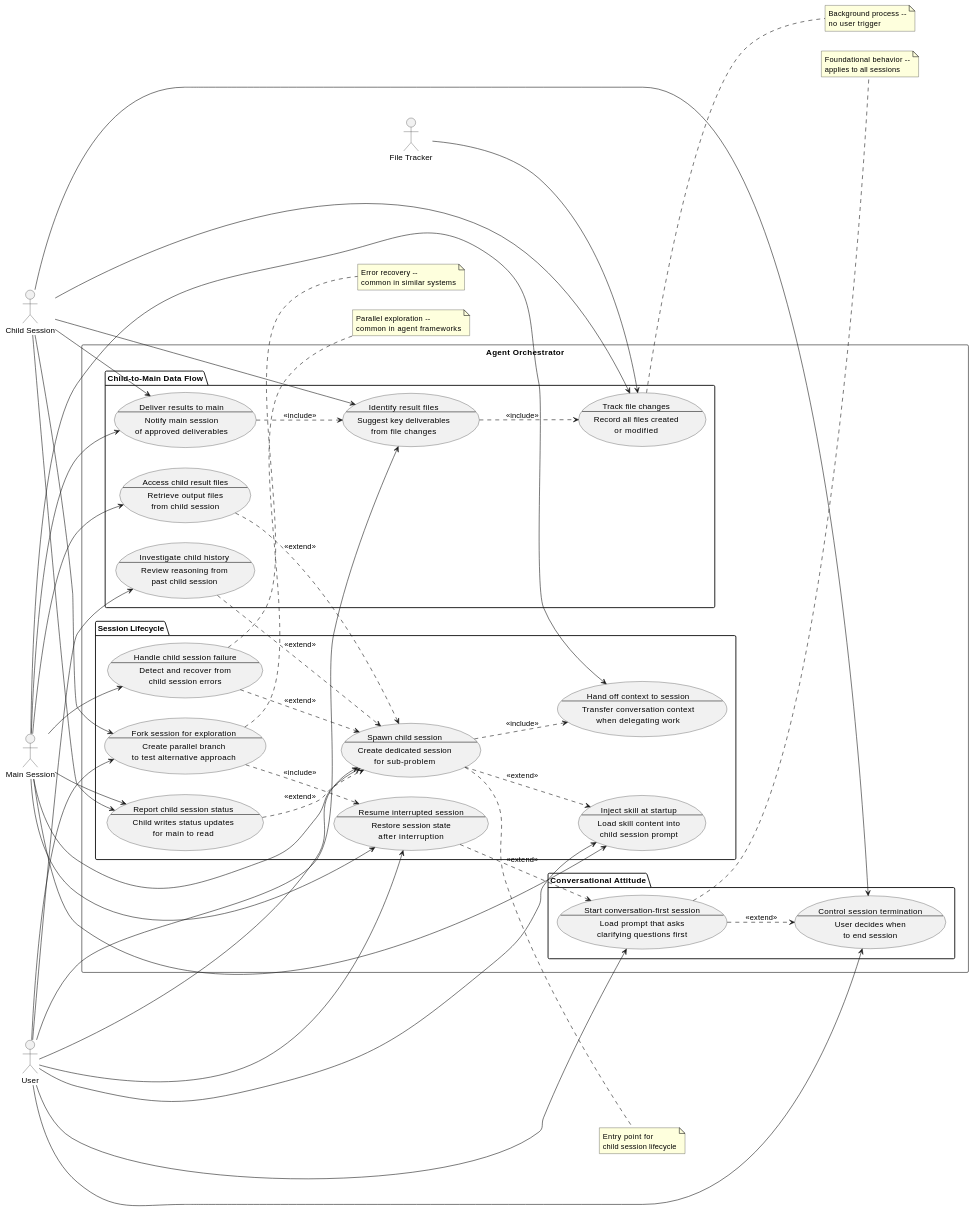
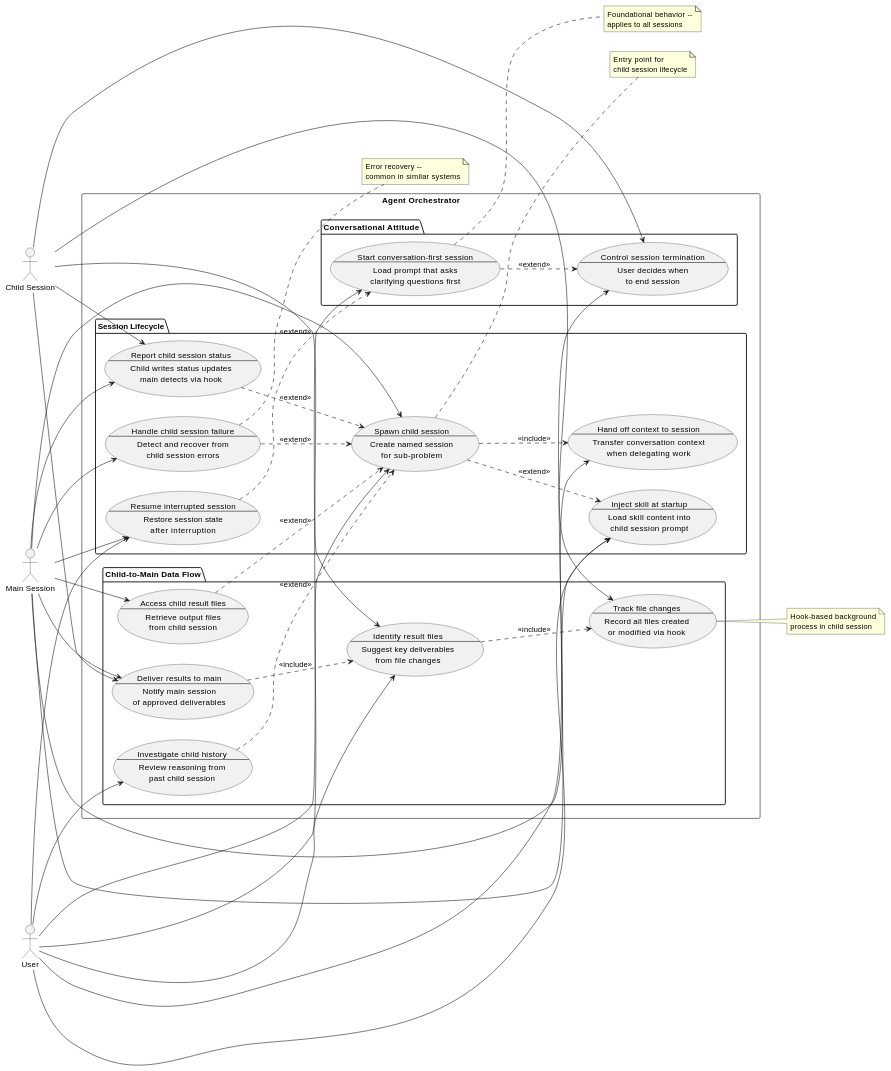
One commit to studykit/studykit-marketplace changed the diagram in A4/co-think/agent-orchestrator.usecase.md. Above: the diagram before and after it, drawn with PlantUML. The commit also changed other lines of this file and 2 other files, not shown here.

First line of the commit message:
usecase(agent-orchestrator): revision 8

````diff
--- a/A4/co-think/agent-orchestrator.usecase.md
+++ b/A4/co-think/agent-orchestrator.usecase.md
@@ -79,7 +79,6 @@
 actor "User" as user
 actor "Main Session" as main
 actor "Child Session" as child
-actor "File Tracker" as tracker
 
 rectangle "Agent Orchestrator" {
   package "Conversational Attitude" {
@@ -96,12 +95,12 @@
   package "Session Lifecycle" {
     usecase UC2 as "Spawn child session
     --
-    Create dedicated session
+    Create named session
     for sub-problem"
     usecase UC3 as "Report child session status
     --
     Child writes status updates
-    for main to read"
+    main detects via hook"
     usecase UC7 as "Inject skill at startup
     --
     Load skill content into
@@ -114,10 +113,6 @@
     --
     Detect and recover from
     child session errors"
-    usecase UC13 as "Fork session for exploration
-    --
-    Create parallel branch
-    to test alternative approach"
     usecase UC14 as "Hand off context to session
     --
     Transfer conversation context
@@ -136,7 +131,7 @@
     usecase UC8 as "Track file changes
     --
     Record all files created
-    or modified"
+    or modified via hook"
     usecase UC9 as "Identify result files
     --
     Suggest key deliverables
@@ -155,7 +150,6 @@
 user --> UC7
 user --> UC9
 user --> UC11
-user --> UC13
 
 main --> UC2
 main --> UC3
@@ -171,9 +165,6 @@
 child --> UC8
 child --> UC9
 child --> UC10
-child --> UC13
-
-tracker --> UC8
 
 UC2 ..> UC7 : <<extend>>
 UC2 ..> UC14 : <<include>>
@@ -185,7 +176,6 @@
 UC1 ..> UC6 : <<extend>>
 UC11 ..> UC1 : <<extend>>
 UC12 ..> UC2 : <<extend>>
-UC13 ..> UC11 : <<include>>
 
 note right of UC1
   Foundational behavior --
@@ -198,18 +188,13 @@
 end note
 
 note right of UC8
-  Background process --
-  no user trigger
+  Hook-based background
+  process in child session
 end note
 
 note right of UC12
   Error recovery --
   common in similar systems
 end note
-
-note right of UC13
-  Parallel exploration --
-  common in agent frameworks
-end note
 @enduml
 ```
````
